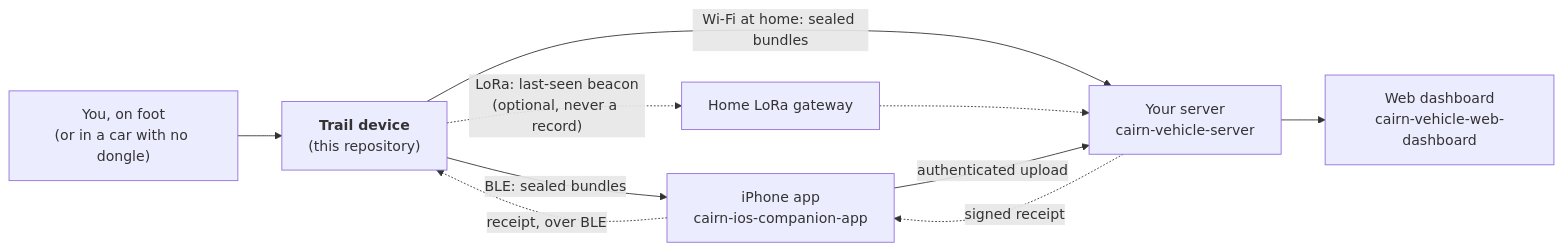
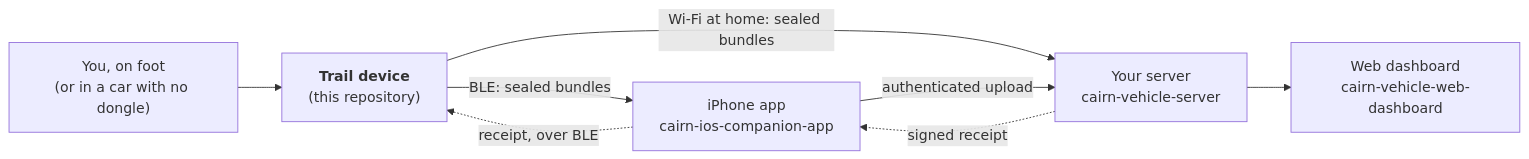
The diagram in README.md (ParkWardRR/cairn-trail-device-firmware), drawn with Mermaid before and after one commit. The commit also changed other lines of this file and 3 other files, not shown here.

````diff
--- a/README.md
+++ b/README.md
@@ -39,12 +39,10 @@
 ```mermaid
 flowchart LR
     you["You, on foot<br/>(or in a car with no dongle)"] --> trail["<b>Trail device</b><br/>(this repository)"]
     trail -- "BLE: sealed bundles" --> phone["iPhone app<br/>cairn-ios-companion-app"]
     trail -- "Wi-Fi at home: sealed bundles" --> server["Your server<br/>cairn-vehicle-server"]
-    trail -. "LoRa: last-seen beacon<br/>(optional, never a record)" .-> gw["Home LoRa gateway"]
-    gw -.-> server
     phone -- "authenticated upload" --> server
     server --> web["Web dashboard<br/>cairn-vehicle-web-dashboard"]
     server -. "signed receipt" .-> phone
     phone -. "receipt, over BLE" .-> trail
 ```
````
